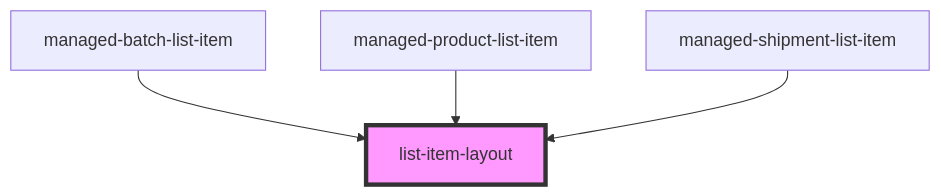
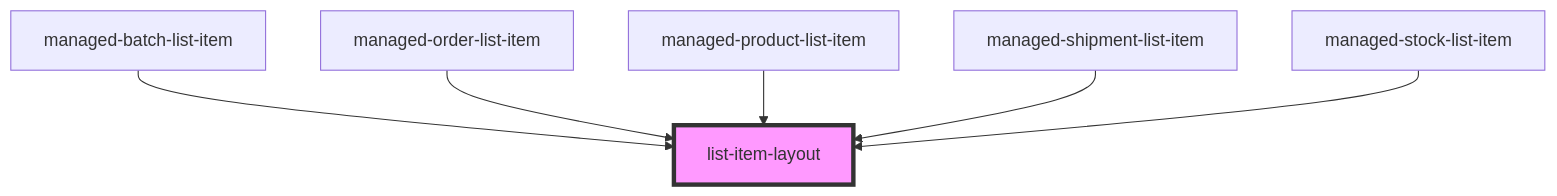
Before and after one commit to PharmaLedger-IMI/fgt-workspace: the diagram in pdm-web-components/src/components/list-item-layout/readme.md, drawn with Mermaid. The commit also changed other lines of this file and 23 other files, not shown here.

````diff
--- a/pdm-web-components/src/components/list-item-layout/readme.md
+++ b/pdm-web-components/src/components/list-item-layout/readme.md
@@ -27,7 +29,9 @@
 ```mermaid
 graph TD;
   managed-batch-list-item --> list-item-layout
+  managed-order-list-item --> list-item-layout
   managed-product-list-item --> list-item-layout
   managed-shipment-list-item --> list-item-layout
+  managed-stock-list-item --> list-item-layout
   style list-item-layout fill:#f9f,stroke:#333,stroke-width:4px
 ```
````
